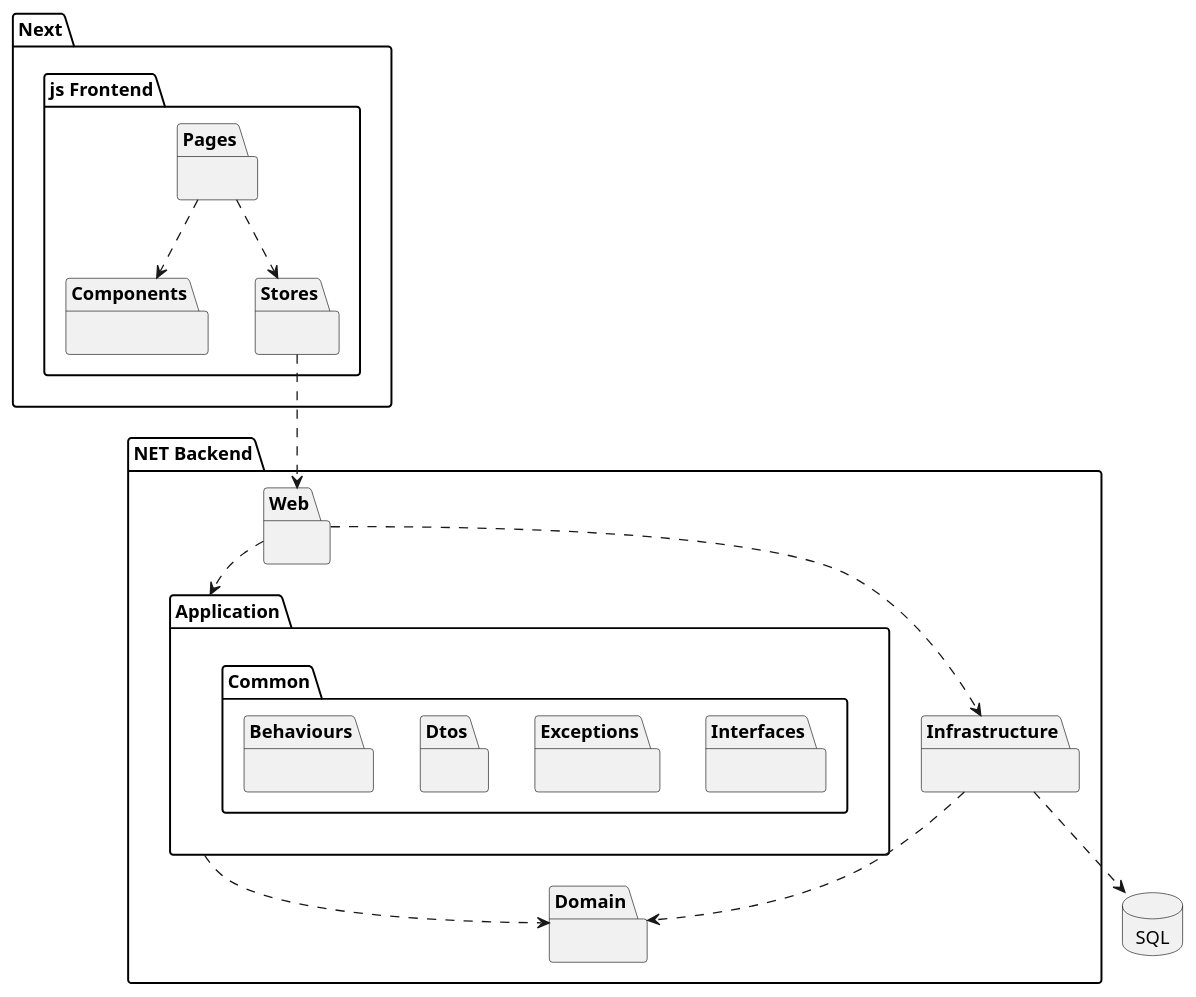
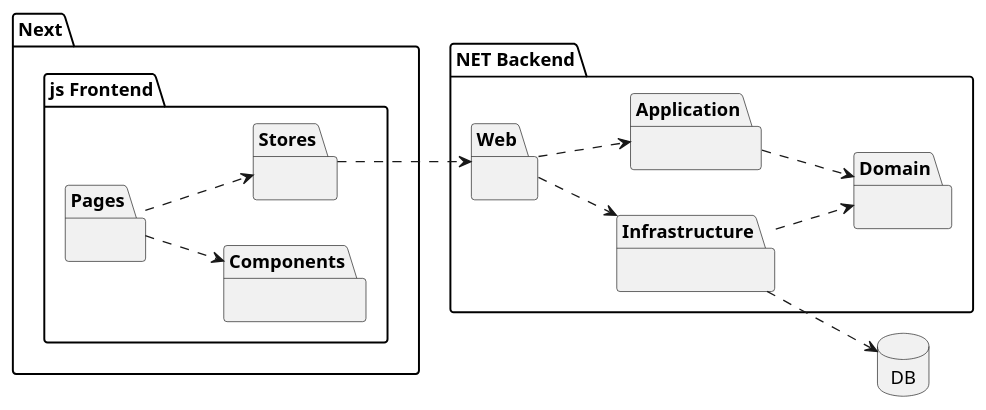
One commit to JeppeTrip/LoppePortalen changed the diagram in docs/architecture.plantuml. Above: the diagram before and after it, drawn with PlantUML. The commit also changed 3 other files, not shown here.

```diff
--- a/docs/architecture.plantuml
+++ b/docs/architecture.plantuml
@@ -1,35 +1,29 @@
 @startuml
+left to right direction
 package "Next.js Frontend" {
   package "Pages" {}
   package "Components" {}
   package "Stores" {}
 }
 
 package ".NET Backend" {
   package "Web" {}
-  package "Application" {
-      package "Common" {
-          package "Interfaces" {}
-          package "Exceptions" {}
-          package "Dtos" {}
-          package "Behaviours" {}
-      }
-  }
+  package "Application" {  }
   package "Infrastructure" {}
   package "Domain" {}
 }
 
-database "SQL" {
+database "DB" {
 
 }
 
-Infrastructure ..> SQL
+Infrastructure ..> DB
 Web ..> Infrastructure
 Web ..> Application
 Application ..> Domain
 Infrastructure ..> Domain
 
 Stores ..> Web
 Pages ..> Stores 
 Pages ..> Components
 @enduml
```
